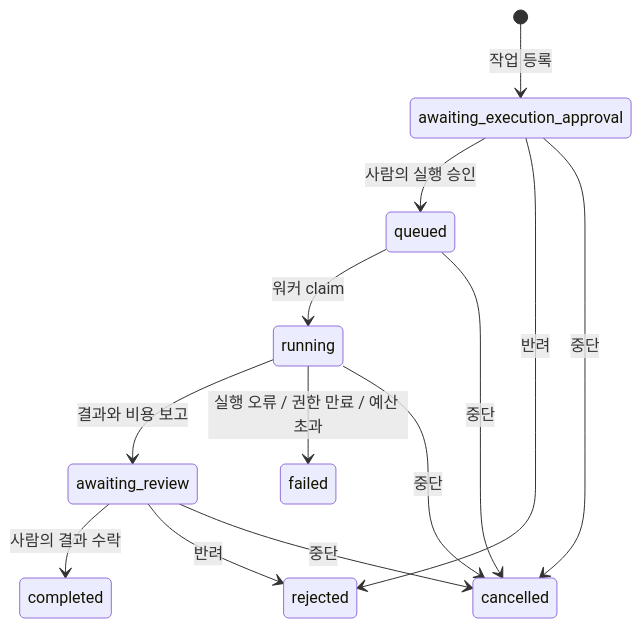
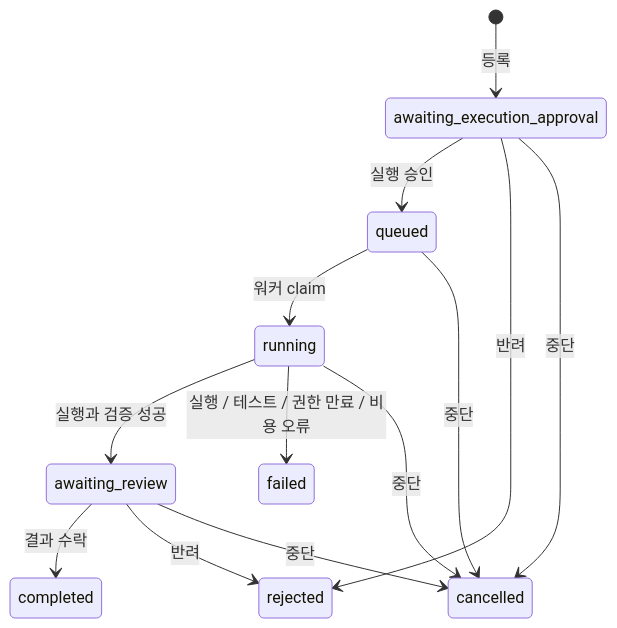
One commit to roboco-io/project-hivemind changed the second of 2 diagrams in docs/architecture.md. Above: the diagram before and after it, drawn with Mermaid. The commit also changed other lines of this file and 8 other files, not shown here.

````diff
--- a/docs/architecture.md
+++ b/docs/architecture.md
@@ -46,15 +58,15 @@
 ```mermaid
 stateDiagram-v2
-    [*] --> awaiting_execution_approval: 작업 등록
-    awaiting_execution_approval --> queued: 사람의 실행 승인
+    [*] --> awaiting_execution_approval: 등록
+    awaiting_execution_approval --> queued: 실행 승인
     awaiting_execution_approval --> rejected: 반려
     queued --> running: 워커 claim
-    running --> awaiting_review: 결과와 비용 보고
-    awaiting_review --> completed: 사람의 결과 수락
+    running --> awaiting_review: 실행과 검증 성공
+    awaiting_review --> completed: 결과 수락
     awaiting_review --> rejected: 반려
-    running --> failed: 실행 오류 / 권한 만료 / 예산 초과
+    running --> failed: 실행 / 테스트 / 권한 만료 / 비용 오류
     awaiting_execution_approval --> cancelled: 중단
     queued --> cancelled: 중단
     running --> cancelled: 중단
     awaiting_review --> cancelled: 중단
 ```
````
